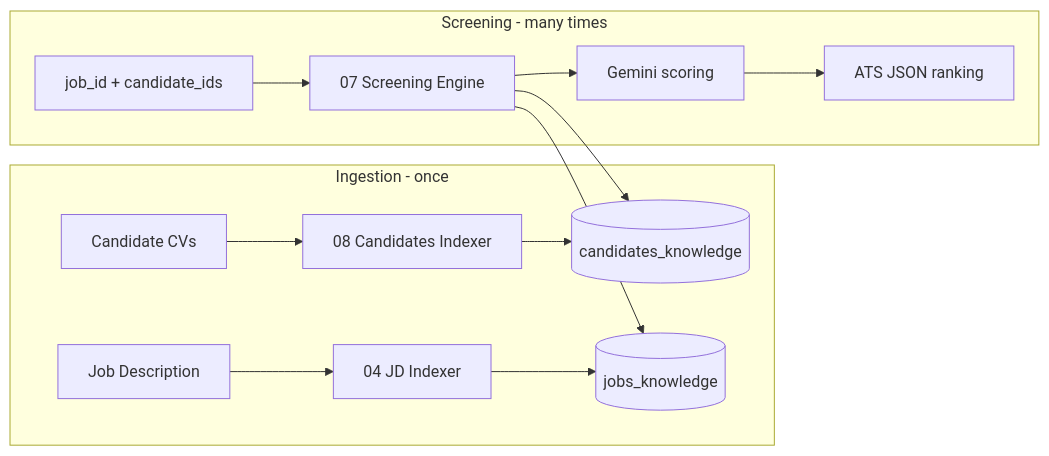
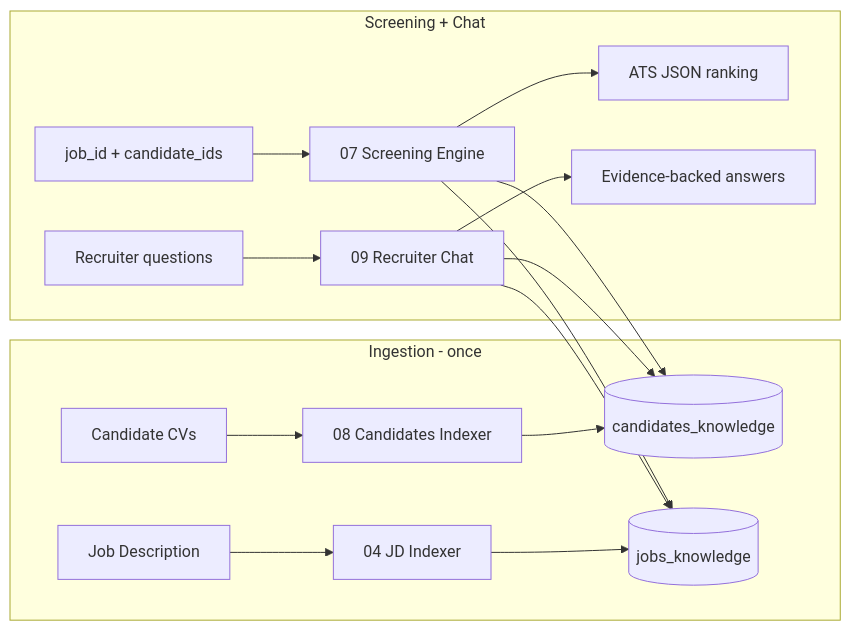
Before and after one commit to delpozochristian/ai-automation-portfolio: the first of 2 diagrams in README.md, drawn with Mermaid. The commit also changed other lines of this file and 5 other files, not shown here.

First line of the commit message:
Add Recruiter Chat Interface for evidence-backed Q&A

````diff
--- a/README.md
+++ b/README.md
@@ -62,17 +63,20 @@
 ```mermaid
 flowchart LR
     subgraph ingest [Ingestion - once]
         CVs[Candidate CVs] --> W08[08 Candidates Indexer]
         JD[Job Description] --> W04[04 JD Indexer]
         W08 --> QC[(candidates_knowledge)]
         W04 --> QJ[(jobs_knowledge)]
     end
 
-    subgraph screen [Screening - many times]
+    subgraph screen [Screening + Chat]
         Req[job_id + candidate_ids] --> W07[07 Screening Engine]
+        Chat[Recruiter questions] --> W09[09 Recruiter Chat]
         W07 --> QC
         W07 --> QJ
-        W07 --> Gemini[Gemini scoring]
-        Gemini --> ATS[ATS JSON ranking]
+        W09 --> QC
+        W09 --> QJ
+        W07 --> ATS[ATS JSON ranking]
+        W09 --> Explain[Evidence-backed answers]
     end
 ```
````
